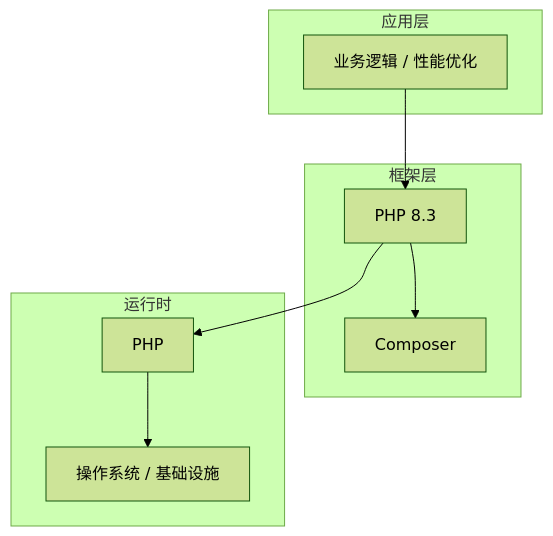
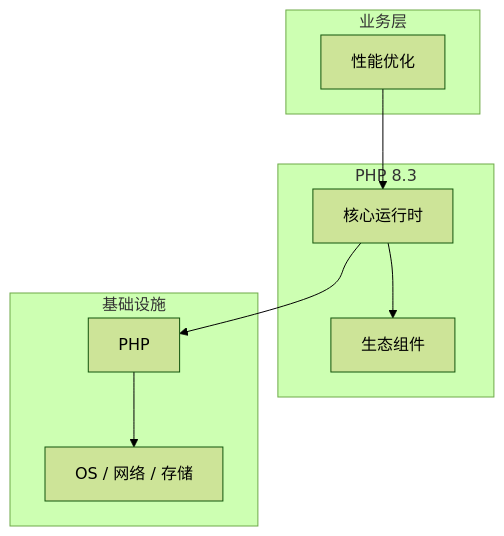
The diagram in articles/PHP/chapters/066-性能优化核心概念与原理.md (yanggan2015/knowledge-json-v2), drawn with Mermaid (forest theme) before and after one commit. The commit also changed other lines of this file and 10127 other files, not shown here.

````diff
--- a/articles/PHP/chapters/066-性能优化核心概念与原理.md
+++ b/articles/PHP/chapters/066-性能优化核心概念与原理.md
@@ -45,18 +34,18 @@
 ```mermaid
 graph TB
-    subgraph 应用层
-        A[业务逻辑 / 性能优化]
+    subgraph 业务层
+        A[性能优化]
     end
-    subgraph 框架层
-        B[PHP 8.3]
-        C[Composer]
+    subgraph PHP 8.3
+        B[核心运行时]
+        C[生态组件]
     end
-    subgraph 运行时
+    subgraph 基础设施
         D[PHP]
-        E[操作系统 / 基础设施]
+        E[OS / 网络 / 存储]
     end
     A --> B
     B --> C
     B --> D
     D --> E
 ```
````
